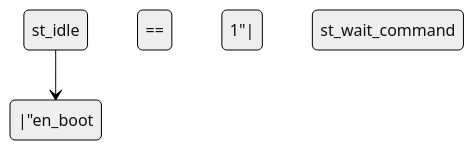
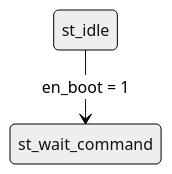
One commit to dezamora98/Oregano8051_HW_bootloader changed the diagram in README.md. Above: the diagram before and after it, drawn with Mermaid (neutral theme).

Commit message:
test pre syntesis

````diff
--- a/README.md
+++ b/README.md
@@ -6,6 +6,6 @@
 ```mermaid
-stateDiagram
+stateDiagram-v2
 
-    st_idle -->|"en_boot == 1"| st_wait_command: 
+    st_idle --> st_wait_command: en_boot = 1
 
 ```
````
